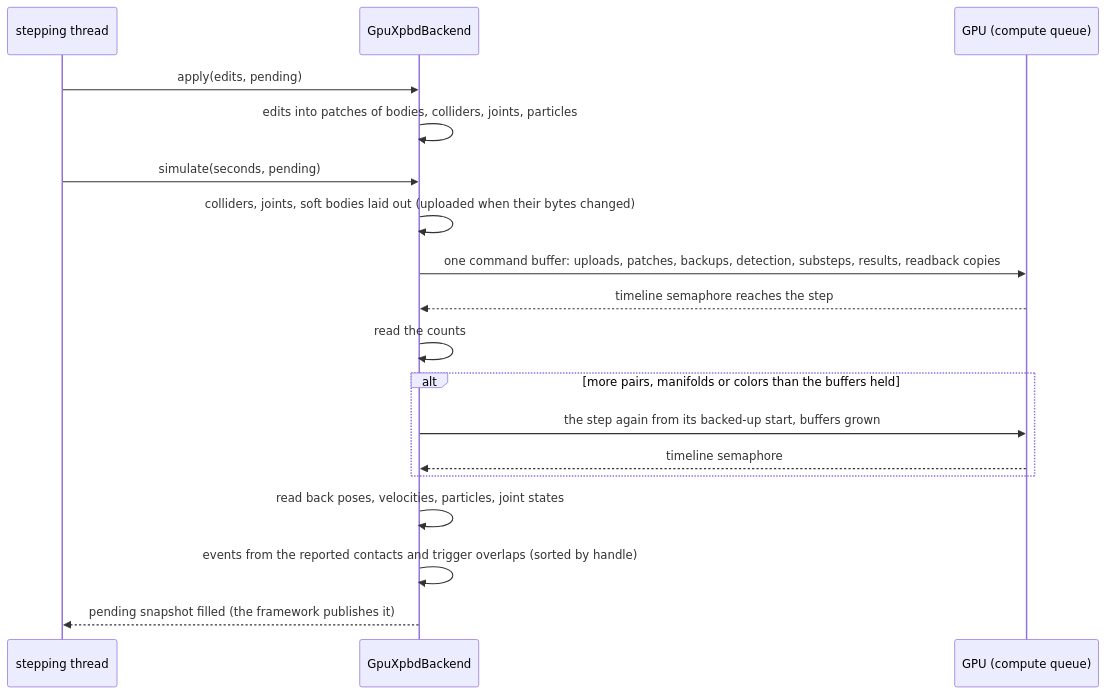
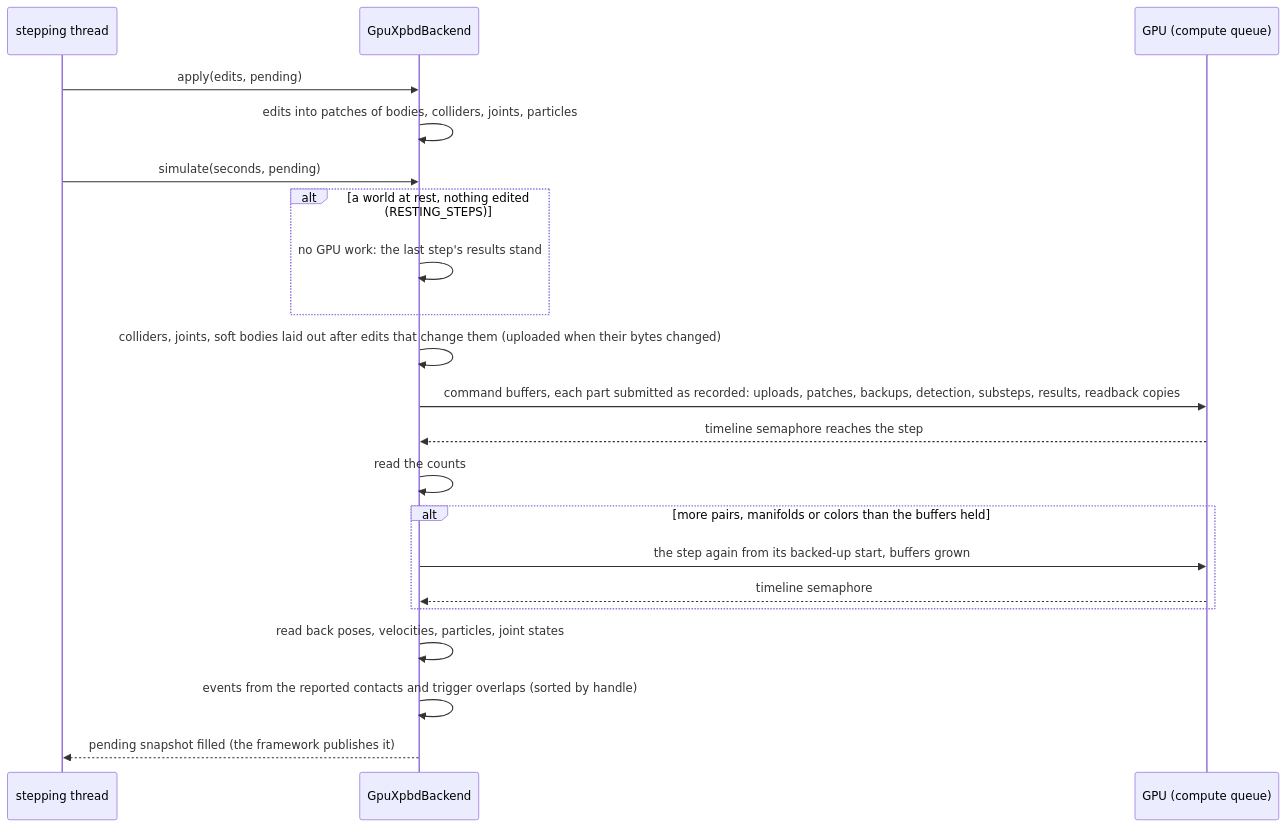
Diagram 31 of 41 in docs/architecture.md (bueno-mhc/gfx), drawn with Mermaid before and after one commit. The commit also changed other lines of this file and 23 other files, not shown here.

````diff
--- a/docs/architecture.md
+++ b/docs/architecture.md
@@ -1325,20 +1339,23 @@
 ```mermaid
 sequenceDiagram
     participant T as stepping thread
     participant B as GpuXpbdBackend
     participant G as GPU (compute queue)
     T->>B: apply(edits, pending)
     B->>B: edits into patches of bodies, colliders, joints, particles
     T->>B: simulate(seconds, pending)
-    B->>B: colliders, joints, soft bodies laid out (uploaded when their bytes changed)
-    B->>G: one command buffer: uploads, patches, backups, detection, substeps, results, readback copies
+    alt a world at rest, nothing edited (RESTING_STEPS)
+        B->>B: no GPU work: the last step's results stand
+    end
+    B->>B: colliders, joints, soft bodies laid out after edits that change them (uploaded when their bytes changed)
+    B->>G: command buffers, each part submitted as recorded: uploads, patches, backups, detection, substeps, results, readback copies
     G-->>B: timeline semaphore reaches the step
     B->>B: read the counts
     alt more pairs, manifolds or colors than the buffers held
         B->>G: the step again from its backed-up start, buffers grown
         G-->>B: timeline semaphore
     end
     B->>B: read back poses, velocities, particles, joint states
     B->>B: events from the reported contacts and trigger overlaps (sorted by handle)
     B-->>T: pending snapshot filled (the framework publishes it)
 ```
````
